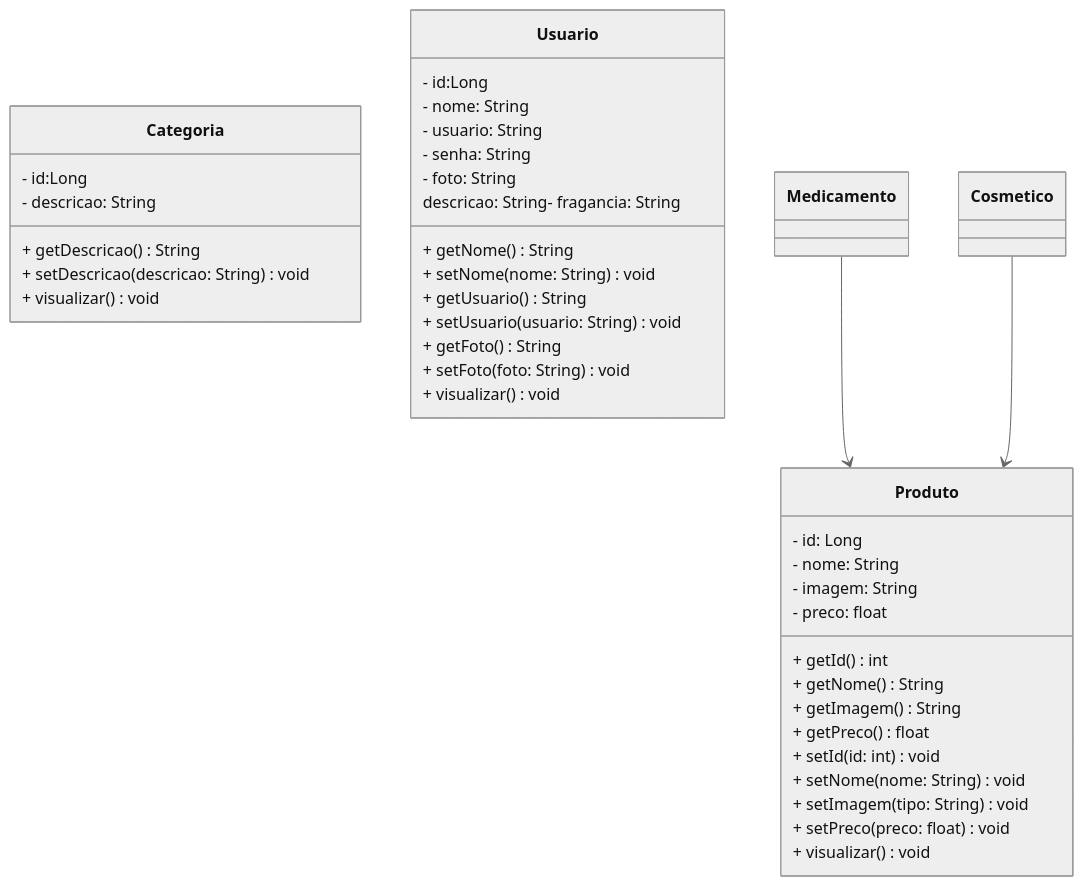
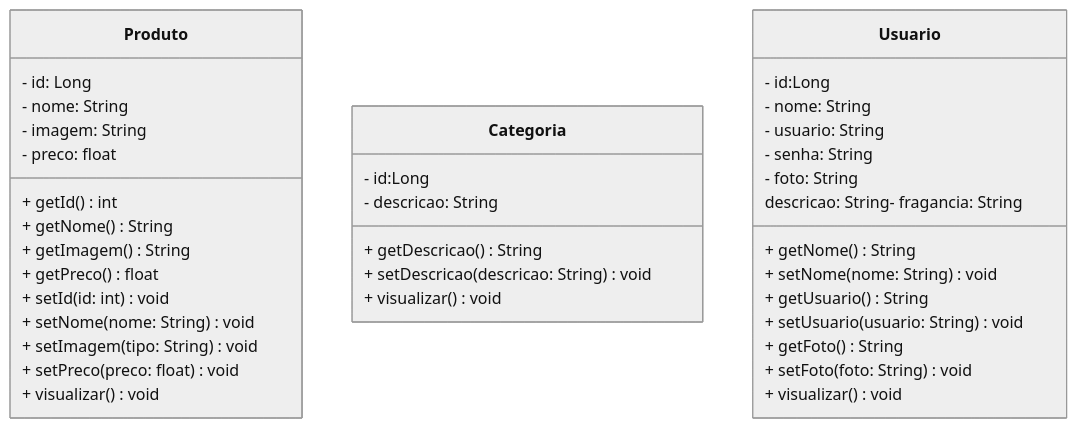
One commit to alineromanini/projeto_final_bloco_02 changed the diagram in README.md. Above: the diagram before and after it, drawn with Mermaid (neutral theme). The commit also changed other lines of this file, not shown here.

````diff
--- a/README.md
+++ b/README.md
@@ -71,42 +82,41 @@
 ```mermaid
 classDiagram
 class Produto {
   - id: Long
   - nome: String
   - imagem: String
   - preco: float
   + getId() int
   + getNome() String
   + getImagem() String
   + getPreco() float
   + setId(id: int) void
   + setNome(nome: String) void
   + setImagem(tipo: String) void
   + setPreco(preco: float) void
   + visualizar() void
 }
 class Categoria {
   - id:Long
   - descricao: String
   + getDescricao() String
   + setDescricao(descricao: String) void
   + visualizar() void
 }
 class Usuario {
   - id:Long
   - nome: String
   - usuario: String
   - senha: String
   - foto: String
   descricao: String- fragancia: String
   + getNome() String
   + setNome(nome: String) void
   + getUsuario() String
   + setUsuario(usuario: String) void
   + getFoto() String
   + setFoto(foto: String) void
   + visualizar() void
 }
-Medicamento --> Produto
-Cosmetico --> Produto
+
 ```
````
